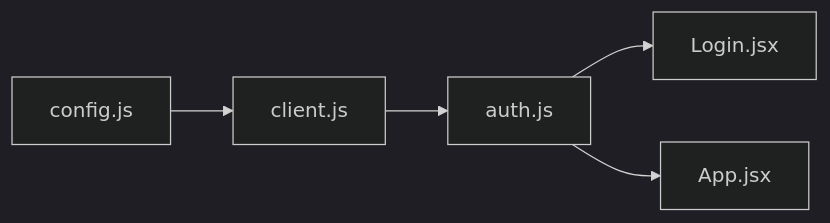
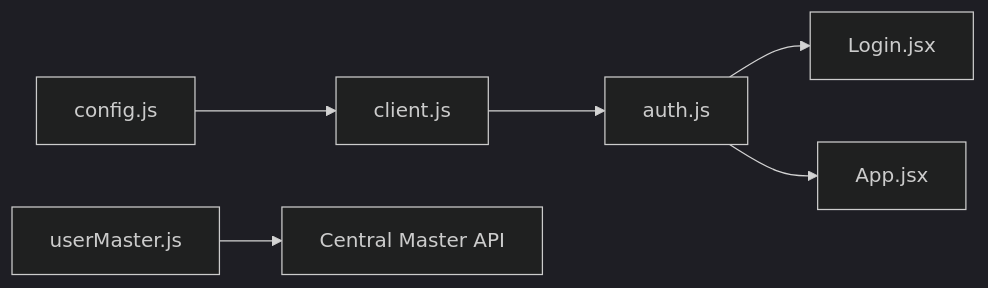
The seventh of 7 diagrams in .qoder/repowiki/en/content/API Integration Layer/Authentication API.md (imcbsglobal/TRELLISCO_ERP_FRONTEND), drawn with Mermaid (dark theme) before and after one commit. The commit also changed other lines of this file and 29 other files, not shown here.

````diff
--- a/.qoder/repowiki/en/content/API Integration Layer/Authentication API.md
+++ b/.qoder/repowiki/en/content/API Integration Layer/Authentication API.md
@@ -262,7 +350,8 @@
 ```mermaid
 graph LR
 Client["client.js"] --> Auth["auth.js"]
 Auth --> LoginUI["Login.jsx"]
 Auth --> AppRoutes["App.jsx"]
+UserMaster["userMaster.js"] --> CentralMasterAPI["Central Master API"]
 Config["config.js"] --> Client
 ```
````
